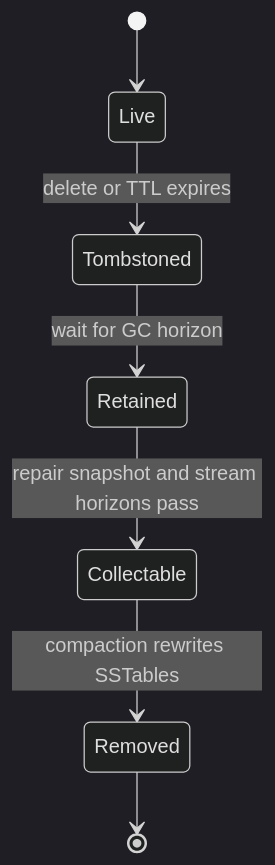
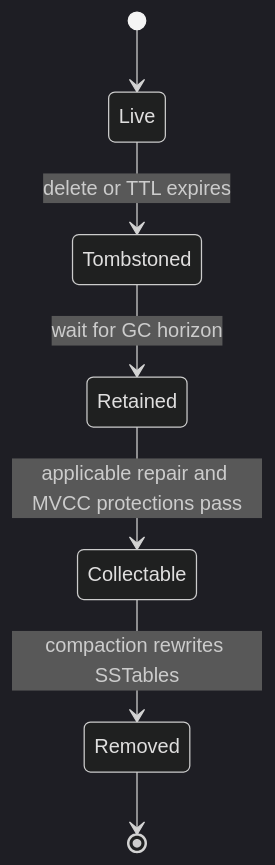
Before and after one commit to Pranshu258/system-design: the fifth of 5 diagrams in distributed-key-value-store-system-design.md, drawn with Mermaid (dark theme). The commit also changed other lines of this file and 23 other files, not shown here.

````diff
--- a/distributed-key-value-store-system-design.md
+++ b/distributed-key-value-store-system-design.md
@@ -316,9 +321,9 @@
 ```mermaid
 stateDiagram-v2
     [*] --> Live
     Live --> Tombstoned: delete or TTL expires
     Tombstoned --> Retained: wait for GC horizon
-    Retained --> Collectable: repair snapshot and stream horizons pass
+    Retained --> Collectable: applicable repair and MVCC protections pass
     Collectable --> Removed: compaction rewrites SSTables
     Removed --> [*]
 ```
````
